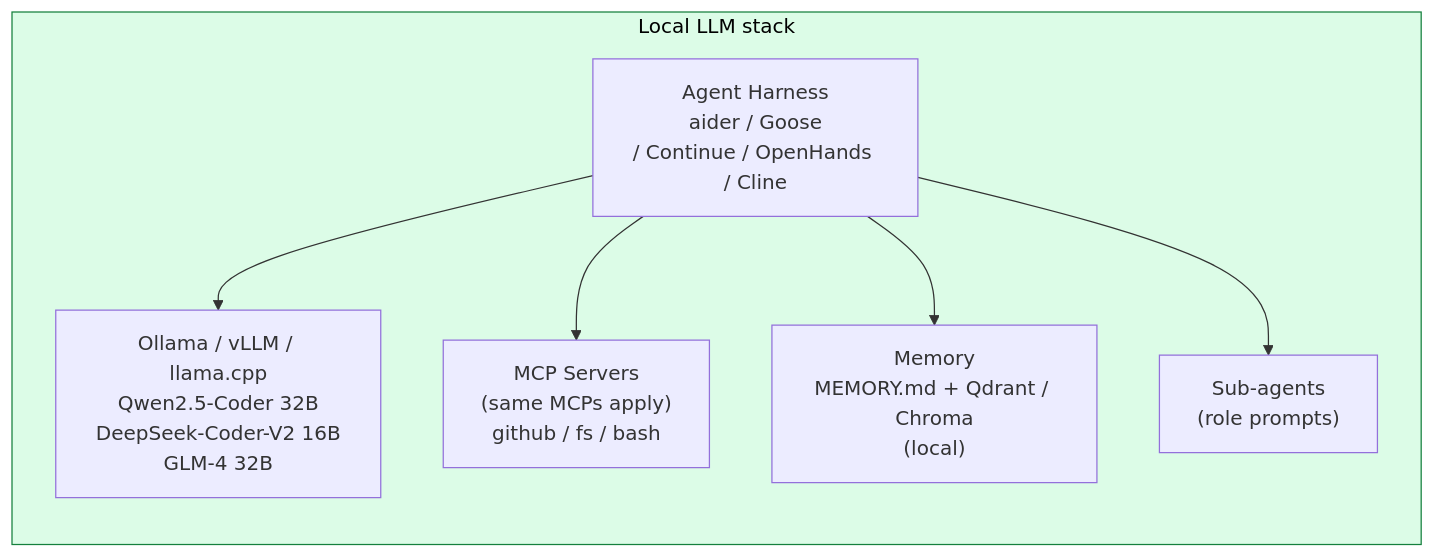
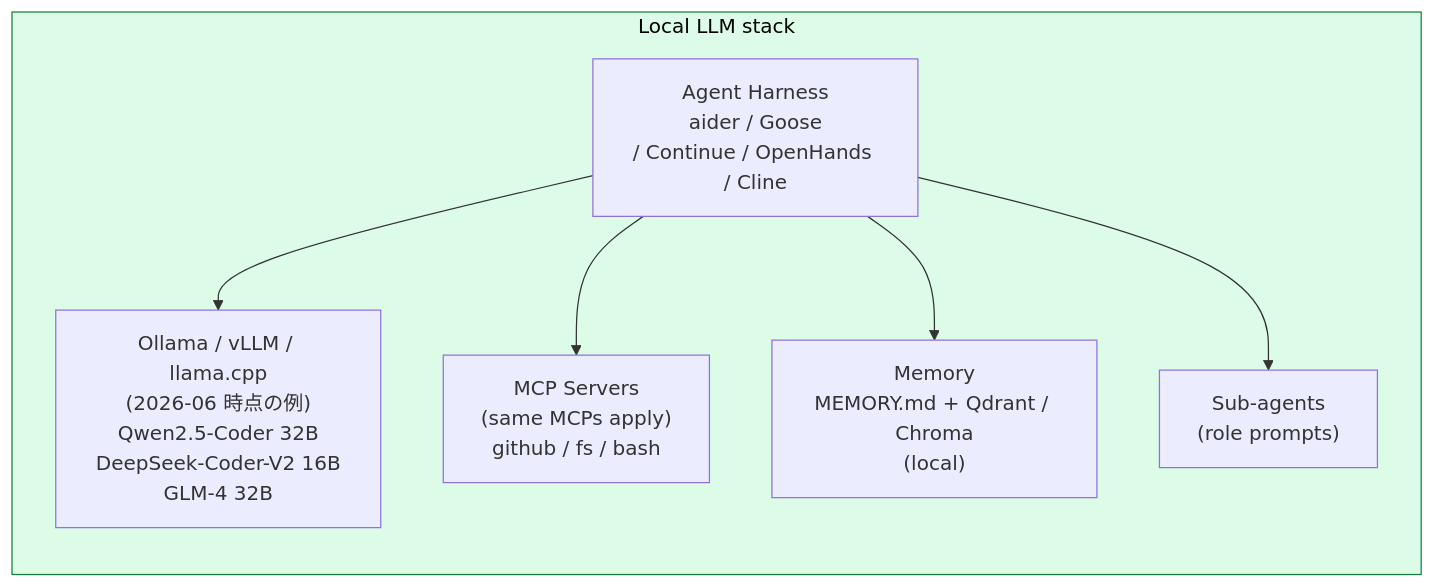
Before and after one commit to shuji-bonji/ai-agent-architecture: the sixth of 8 diagrams in docs/workflows/autonomous-dev-meta-agent.md, drawn with Mermaid. The commit also changed other lines of this file and 1 other file, not shown here.

````diff
--- a/docs/workflows/autonomous-dev-meta-agent.md
+++ b/docs/workflows/autonomous-dev-meta-agent.md
@@ -256,13 +291,13 @@
 ```mermaid
 flowchart LR
     subgraph LOCAL["Local LLM stack"]
         direction TB
         H["Agent Harness<br/>aider / Goose<br/>/ Continue / OpenHands / Cline"]
-        L["Ollama / vLLM / llama.cpp<br/>Qwen2.5-Coder 32B<br/>DeepSeek-Coder-V2 16B<br/>GLM-4 32B"]
+        L["Ollama / vLLM / llama.cpp<br/>(2026-06 時点の例)<br/>Qwen2.5-Coder 32B<br/>DeepSeek-Coder-V2 16B<br/>GLM-4 32B"]
         H --> L
         H --> MCP_L["MCP Servers<br/>(same MCPs apply)<br/>github / fs / bash"]
         H --> MEM_L["Memory<br/>MEMORY.md + Qdrant / Chroma<br/>(local)"]
         H --> SUB_L["Sub-agents<br/>(role prompts)"]
     end
     style LOCAL fill:#dcfce7,stroke:#15803d,color:#000
 ```
````
